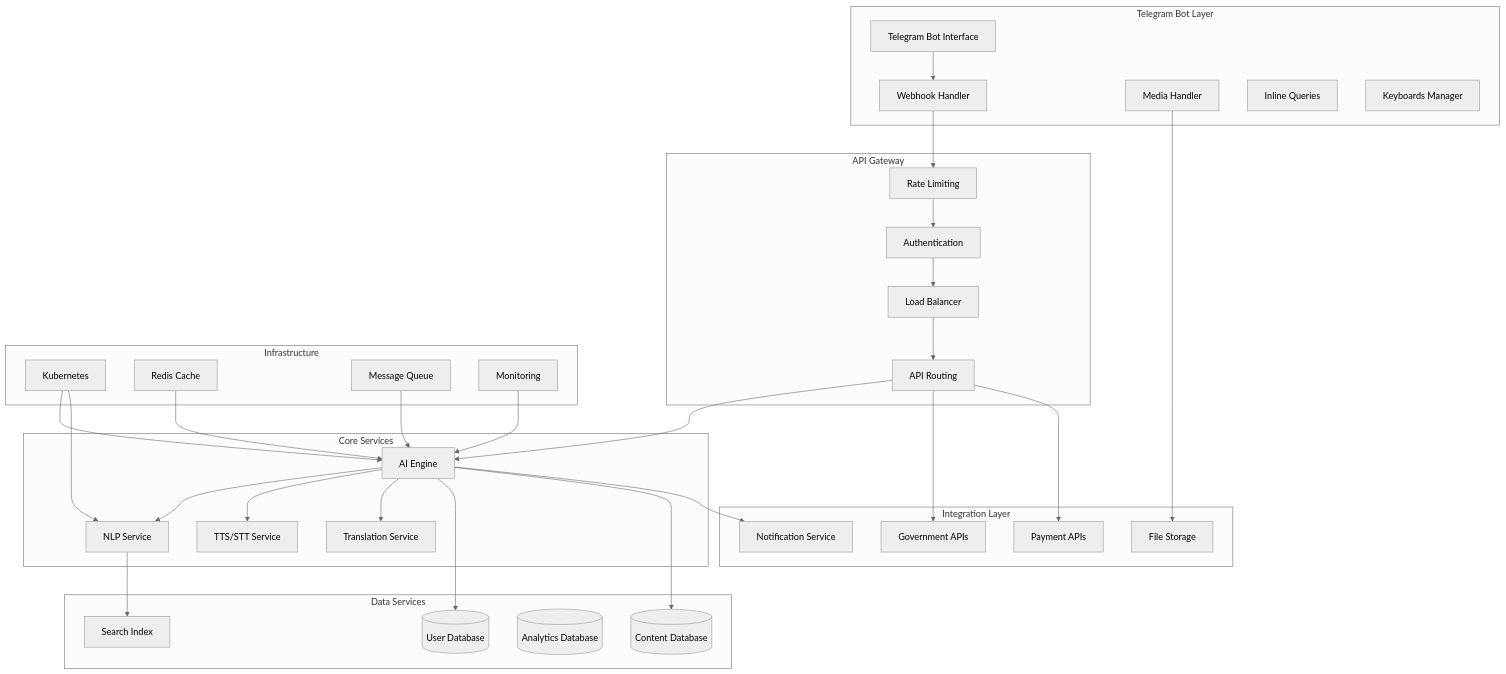
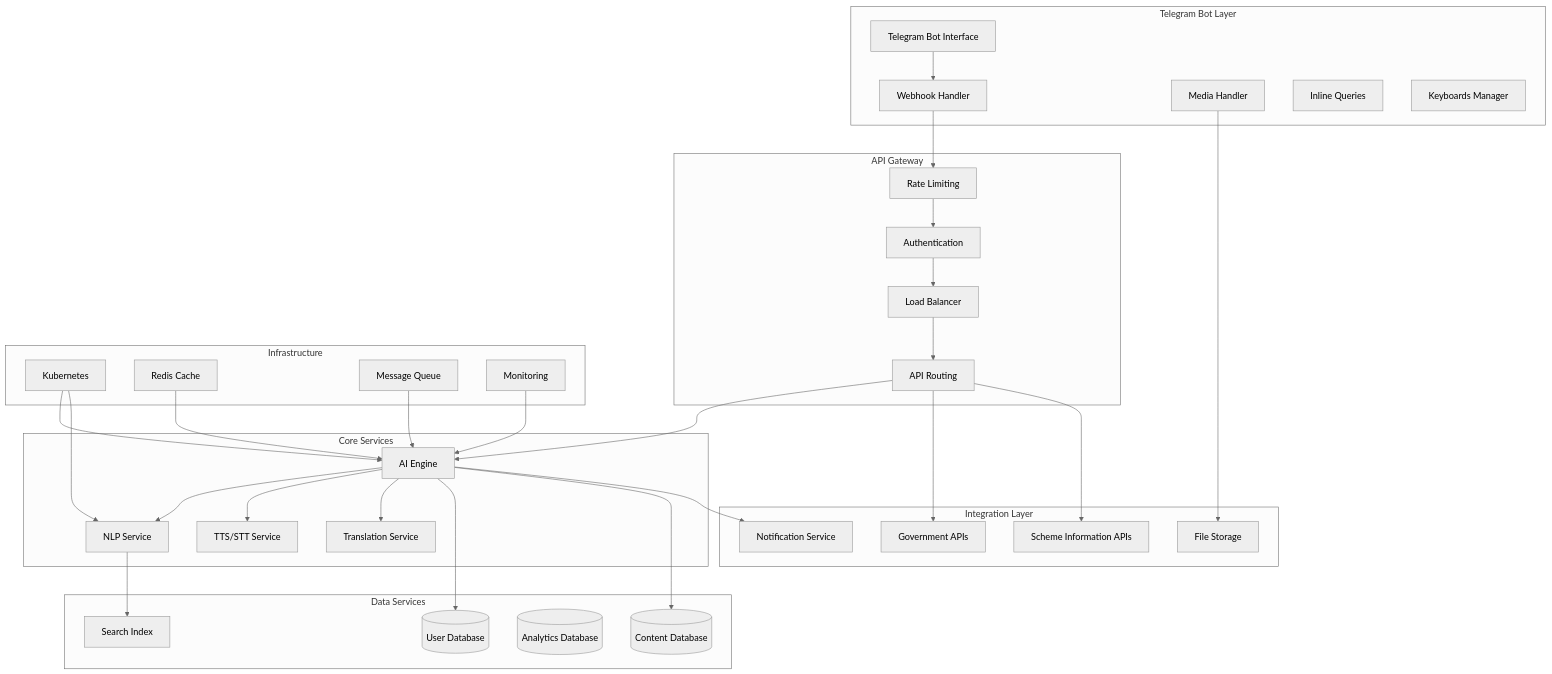
The first of 10 diagrams in design.md (sairishigangarapu/Hack_2_skill), drawn with Mermaid (neutral theme) before and after one commit. The commit also changed other lines of this file and 1 other file, not shown here.

First line of the commit message:
Remove payment APIs and update privacy approach

````diff
--- a/design.md
+++ b/design.md
@@ -7,68 +7,68 @@
 ```mermaid
 graph TB
     subgraph "Telegram Bot Layer"
         TB[Telegram Bot Interface]
         WH[Webhook Handler]
         MH[Media Handler]
         IQ[Inline Queries]
         KB[Keyboards Manager]
     end
     
     subgraph "API Gateway"
         RL[Rate Limiting]
         AUTH[Authentication]
         LB[Load Balancer]
         AR[API Routing]
     end
     
     subgraph "Core Services"
         AI[AI Engine]
         NLP[NLP Service]
         TTS[TTS/STT Service]
         TRANS[Translation Service]
     end
     
     subgraph "Data Services"
         UDB[(User Database)]
         CDB[(Content Database)]
         ADB[(Analytics Database)]
         SI[Search Index]
     end
     
     subgraph "Integration Layer"
         GOV[Government APIs]
-        PAY[Payment APIs]
+        SCHEME[Scheme Information APIs]
         NOT[Notification Service]
         FS[File Storage]
     end
     
     subgraph "Infrastructure"
         K8S[Kubernetes]
         REDIS[Redis Cache]
         MQ[Message Queue]
         MON[Monitoring]
     end
     
     TB --> WH
     WH --> RL
     RL --> AUTH
     AUTH --> LB
     LB --> AR
     AR --> AI
     AI --> NLP
     AI --> TTS
     AI --> TRANS
     AI --> UDB
     AI --> CDB
     NLP --> SI
     AR --> GOV
-    AR --> PAY
+    AR --> SCHEME
     AI --> NOT
     MH --> FS
     
     K8S --> AI
     K8S --> NLP
     REDIS --> AI
     MQ --> AI
     MON --> AI
 ```
````
